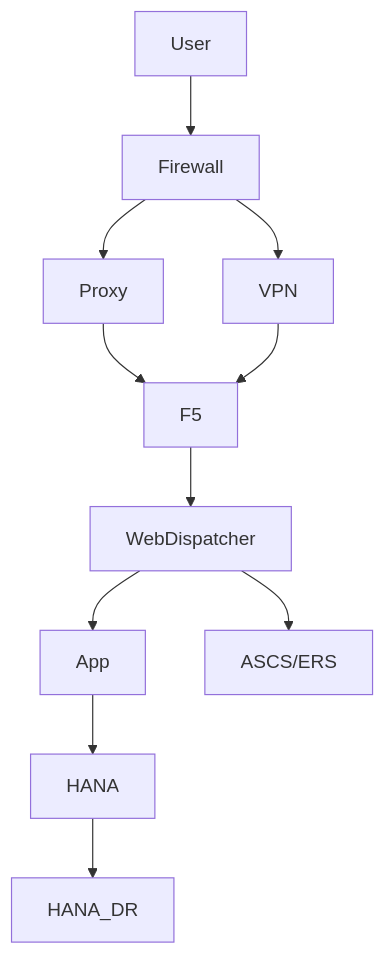
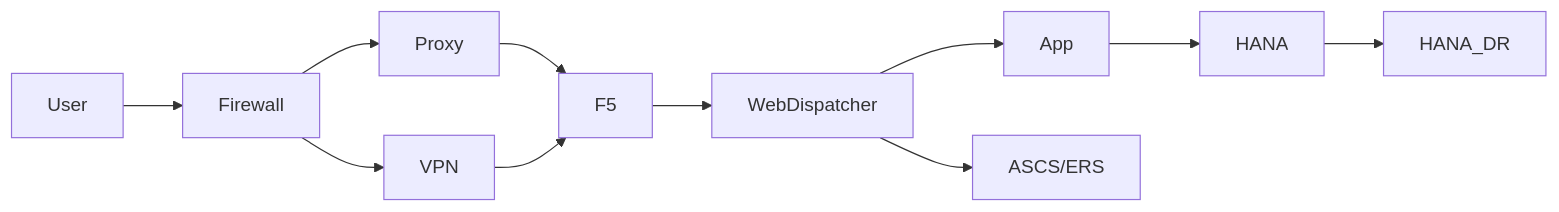
One commit to jauderho/sandbox changed the diagram in mermaid/SAP.md. Above: the diagram before and after it, drawn with Mermaid.

````diff
--- a/mermaid/SAP.md
+++ b/mermaid/SAP.md
@@ -4,13 +4,13 @@
 ```mermaid
-  graph TD;
-  User-->Firewall;
-  Firewall-->Proxy;
-  Firewall-->VPN;
-  Proxy-->F5;
-  VPN-->F5;
-  F5-->WebDispatcher;
-  WebDispatcher-->App;
-  WebDispatcher-->ASCS/ERS;
+  graph LR
+  User-->Firewall
+  Firewall-->Proxy
+  Firewall-->VPN
+  Proxy-->F5
+  VPN-->F5
+  F5-->WebDispatcher
+  WebDispatcher-->App
+  WebDispatcher-->ASCS/ERS
   App-->HANA
   HANA-->HANA_DR
 ```
````
